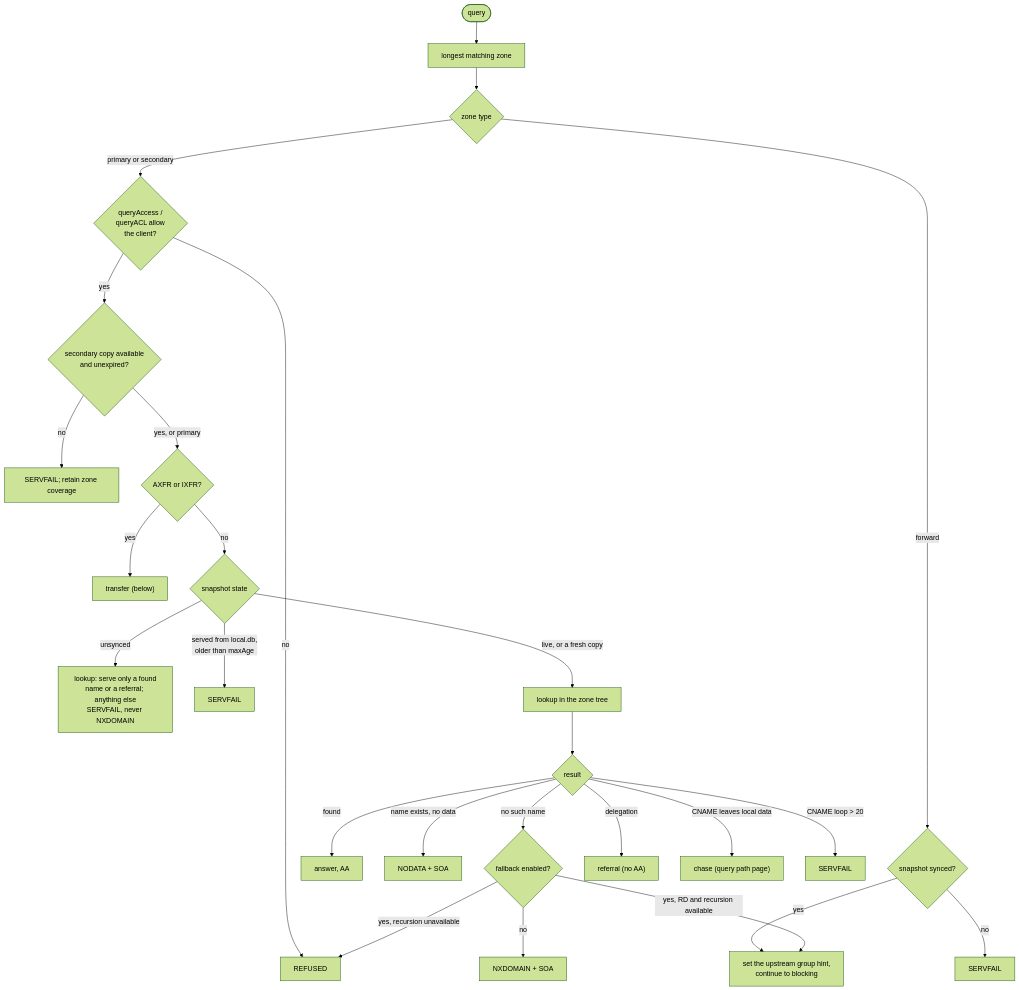
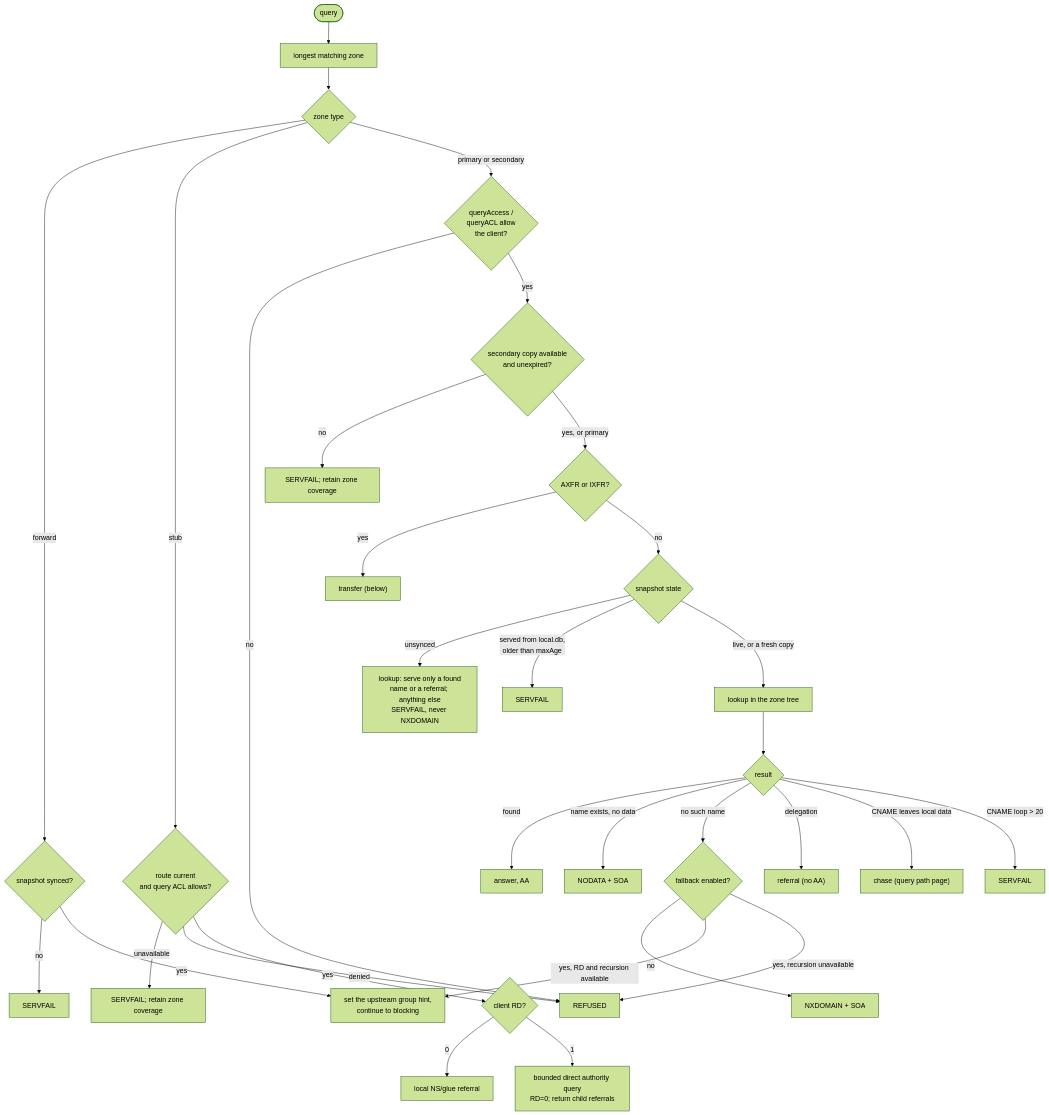
Before and after one commit to robertherbaugh/kudurru: the second of 5 diagrams in docs/architecture/zones.md, drawn with Mermaid (forest theme). The commit also changed other lines of this file and 27 other files, not shown here.

````diff
--- a/docs/architecture/zones.md
+++ b/docs/architecture/zones.md
@@ -62,28 +64,34 @@
 ```mermaid
 flowchart TD
     Q(["query"]) --> M["longest matching zone"]
     M --> T{"zone type"}
     T -- "forward" --> FS{"snapshot synced?"}
     FS -- "no" --> SF0["SERVFAIL"]
     FS -- "yes" --> FW["set the upstream group hint,<br/>continue to blocking"]
+    T -- "stub" --> ST{"route current<br/>and query ACL allows?"}
+    ST -- "unavailable" --> SS["SERVFAIL; retain zone coverage"]
+    ST -- "denied" --> REF
+    ST -- "yes" --> RD{"client RD?"}
+    RD -- "0" --> SR["local NS/glue referral"]
+    RD -- "1" --> SQ["bounded direct authority query<br/>RD=0; return child referrals"]
     T -- "primary or secondary" --> ACL{"queryAccess /<br/>queryACL allow<br/>the client?"}
     ACL -- "no" --> REF["REFUSED"]
     ACL -- "yes" --> COPY{"secondary copy available<br/>and unexpired?"}
     COPY -- "no" --> SF1["SERVFAIL; retain zone coverage"]
     COPY -- "yes, or primary" --> XFR{"AXFR or IXFR?"}
     XFR -- "yes" --> TR["transfer (below)"]
     XFR -- "no" --> GATE{"snapshot state"}
     GATE -- "unsynced" --> UNS["lookup: serve only a found<br/>name or a referral; anything else<br/>SERVFAIL, never NXDOMAIN"]
     GATE -- "served from local.db,<br/>older than maxAge" --> SF2["SERVFAIL"]
     GATE -- "live, or a fresh copy" --> LK["lookup in the zone tree"]
     LK --> ANS{"result"}
     ANS -- "found" --> A1["answer, AA"]
     ANS -- "name exists, no data" --> A2["NODATA + SOA"]
     ANS -- "no such name" --> FB{"fallback enabled?"}
     FB -- "no" --> A3["NXDOMAIN + SOA"]
     FB -- "yes, RD and recursion available" --> FW
     FB -- "yes, recursion unavailable" --> REF
     ANS -- "delegation" --> A4["referral (no AA)"]
     ANS -- "CNAME leaves local data" --> A5["chase (query path page)"]
     ANS -- "CNAME loop > 20" --> A6["SERVFAIL"]
 ```
````
